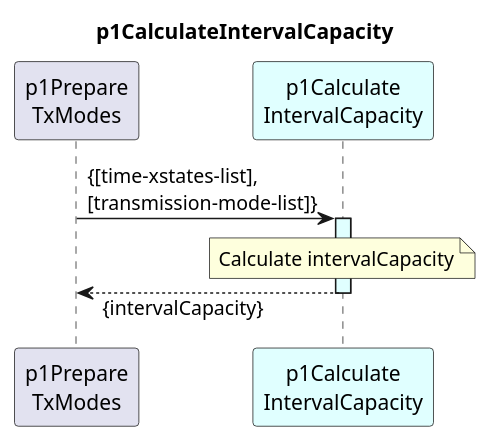
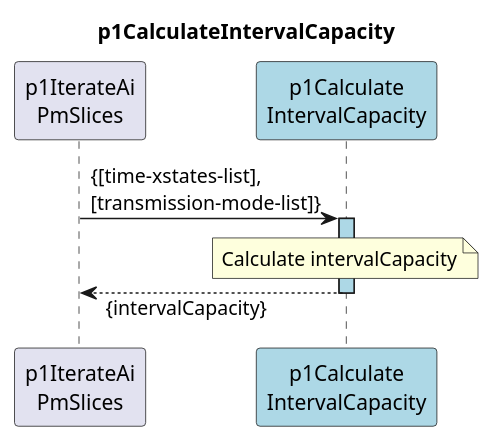
One commit to openBackhaul/DevicePerformanceManagementDataProcessor changed the diagram in spec/Functions/p1StreamPmData/p1ProcessDevice/p1CreateResultCc/p1IterateAiPmSlices/p1CalculateIntervalCapacity/1.0.0/p1CalculateIntervalCapacity.plantuml. Above: the diagram before and after it, drawn with PlantUML. The commit also changed 6 other files, not shown here.

Commit message:
Editorial update p1CalculateIntervalCapacity

```diff
--- a/spec/Functions/p1StreamPmData/p1ProcessDevice/p1CreateResultCc/p1IterateAiPmSlices/p1CalculateIntervalCapacity/1.0.0/p1CalculateIntervalCapacity.plantuml
+++ b/spec/Functions/p1StreamPmData/p1ProcessDevice/p1CreateResultCc/p1IterateAiPmSlices/p1CalculateIntervalCapacity/1.0.0/p1CalculateIntervalCapacity.plantuml
@@ -1,19 +1,19 @@
 @startuml p1CalculateIntervalCapacity
 skinparam responseMessageBelowArrow true
 
 title
   p1CalculateIntervalCapacity
 end title
 
-participant "p1Prepare\nTxModes" as prepTxModes
-participant "p1Calculate\nIntervalCapacity" as intCC #LightCyan
+participant "p1IterateAi\nPmSlices" as requestor
+participant "p1Calculate\nIntervalCapacity" as intCC #LightBlue
 
-  prepTxModes -> intCC : {[time-xstates-list],\n[transmission-mode-list]}
-  activate intCC #LightCyan
+  requestor -> intCC : {[time-xstates-list],\n[transmission-mode-list]}
+  activate intCC #LightBlue
     note over intCC
       Calculate intervalCapacity
     end note
-  prepTxModes <-- intCC: {intervalCapacity}
+  requestor <-- intCC: {intervalCapacity}
   deactivate intCC
 
 @enduml
```
